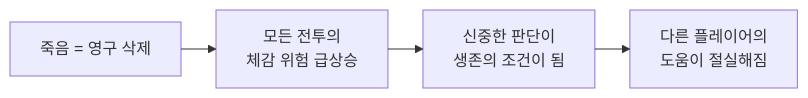
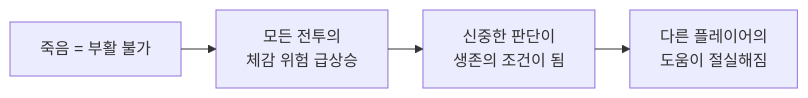
The sixth of 8 diagrams in src/5-wow-hardcore-analysis/기술문서.md (pinkshield/portfolio), drawn with Mermaid before and after one commit. The commit also changed other lines of this file and 12 other files, not shown here.

````diff
--- a/src/5-wow-hardcore-analysis/기술문서.md
+++ b/src/5-wow-hardcore-analysis/기술문서.md
@@ -250,7 +308,7 @@
 ```mermaid
 %%{init: {"layout": "elk"}}%%
 flowchart LR
-    A["죽음 = 영구 삭제"] --> B["모든 전투의<br/>체감 위험 급상승"]
+    A["죽음 = 부활 불가"] --> B["모든 전투의<br/>체감 위험 급상승"]
     B --> C["신중한 판단이<br/>생존의 조건이 됨"]
     C --> D["다른 플레이어의<br/>도움이 절실해짐"]
 ```
````
